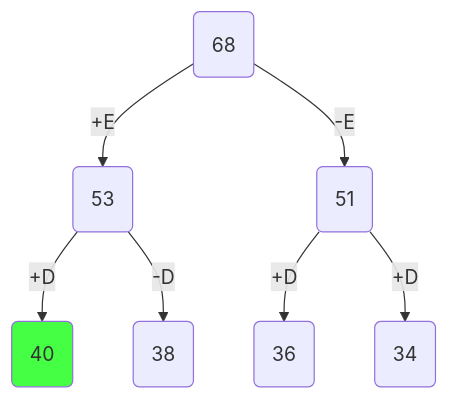
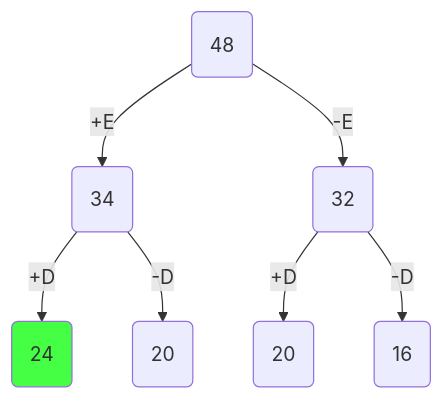
One commit to ggpillow/algorithm changed the third of 10 diagrams in 18task.md. Above: the diagram before and after it, drawn with Mermaid. The commit also changed other lines of this file, not shown here.

````diff
--- a/18task.md
+++ b/18task.md
@@ -118,18 +140,18 @@
 ``` mermaid
 flowchart TD
-A(68)
-B(53)
-C(51)
-D(40)
-E(38)
-F(36)
-G(34)
+A(48)
+B(34)
+C(32)
+D(24)
+E(20)
+F(20)
+G(16)
 A -- +E--> B
 A -- -E--> C
 B -- +D--> D
 B -- -D--> E
 C -- +D--> F
-C -- +D--> G
+C -- -D--> G
 
 style D fill:#4f4f
 ```
````
